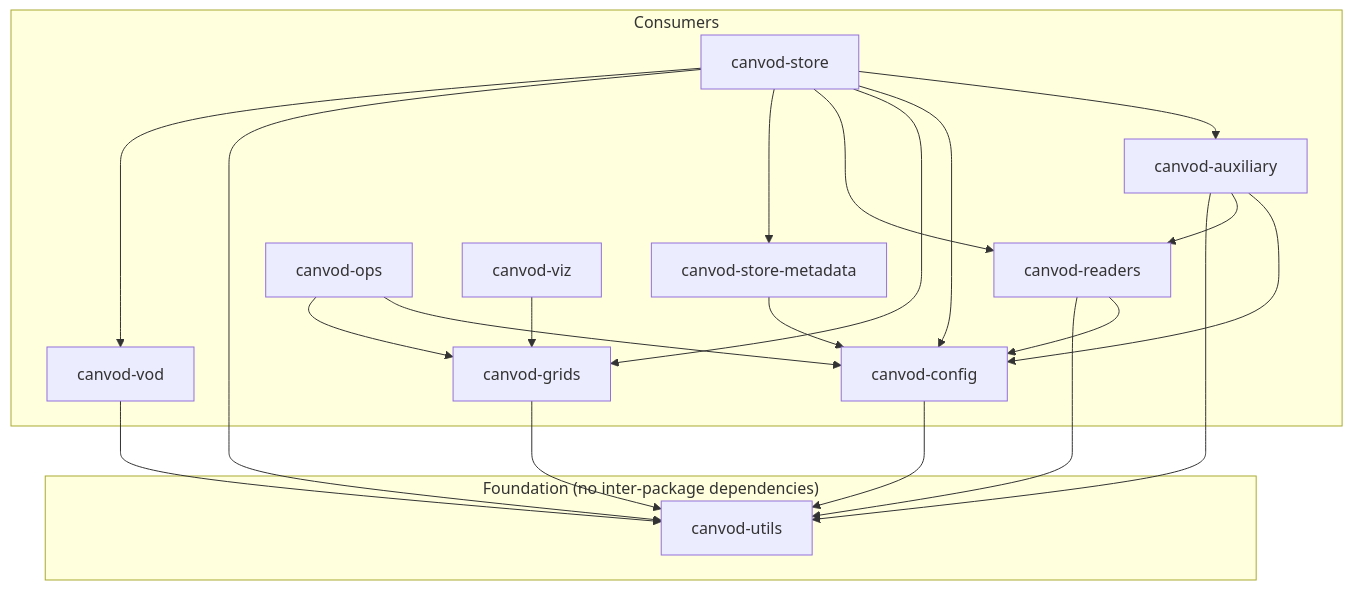
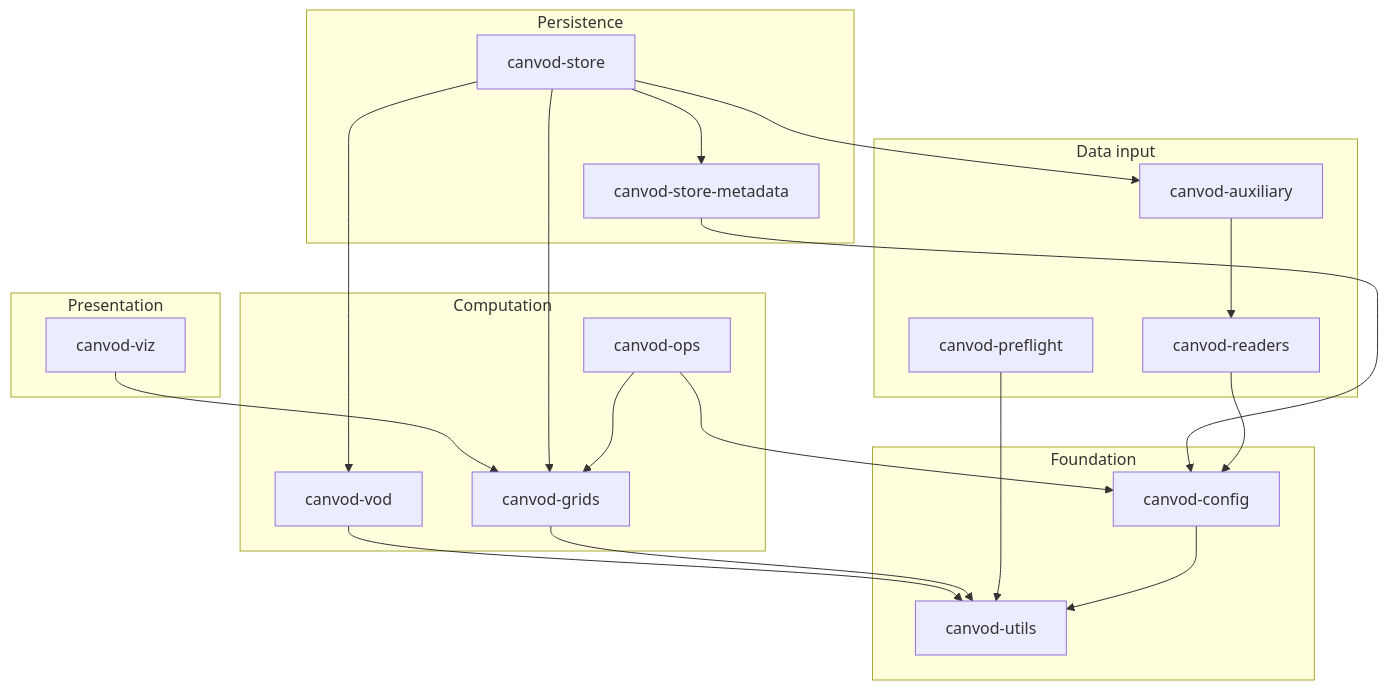
Before and after one commit to TUW-GEO/canvodpy: the diagram in docs/dependencies.md, drawn with Mermaid. The commit also changed other lines of this file and 4 other files, not shown here.

First line of the commit message:
docs: dependency graphs by layer, from one script

````diff
--- a/docs/dependencies.md
+++ b/docs/dependencies.md
@@ -15,28 +27,35 @@
 ```mermaid
 graph TD
-    subgraph FOUNDATION["Foundation (no inter-package dependencies)"]
+    subgraph PRESENTATION["Presentation"]
+        VIZ["canvod-viz"]
+    end
+    subgraph PERSISTENCE["Persistence"]
+        STORE_METADATA["canvod-store-metadata"]
+        STORE["canvod-store"]
+    end
+    subgraph COMPUTATION["Computation"]
+        VOD["canvod-vod"]
+        GRIDS["canvod-grids"]
+        OPS["canvod-ops"]
+    end
+    subgraph DATA_INPUT["Data input"]
+        READERS["canvod-readers"]
+        AUXILIARY["canvod-auxiliary"]
+        PREFLIGHT["canvod-preflight"]
+    end
+    subgraph FOUNDATION["Foundation"]
         UTILS["canvod-utils"]
+        CONFIG["canvod-config"]
     end
 
-    subgraph CONSUMERS["Consumers"]
-        CONFIG["canvod-config"]
-        VOD["canvod-vod"]
-        READERS["canvod-readers"]
-        STOREMETA["canvod-store-metadata"]
-        AUX["canvod-auxiliary"]
-        STORE["canvod-store"]
-        GRIDS["canvod-grids"]
-        OPS["canvod-ops"]
-        VIZ["canvod-viz"]
-    end
-
-    CONFIG --> UTILS
+    VIZ --> GRIDS
+    STORE_METADATA --> CONFIG
+    STORE --> AUXILIARY & GRIDS & STORE_METADATA & VOD
     VOD --> UTILS
-    READERS --> CONFIG & UTILS
-    STOREMETA --> CONFIG
-    AUX --> CONFIG & READERS & UTILS
-    STORE --> AUX & CONFIG & GRIDS & READERS & STOREMETA & UTILS & VOD
     GRIDS --> UTILS
     OPS --> CONFIG & GRIDS
-    VIZ --> GRIDS
+    READERS --> CONFIG
+    AUXILIARY --> READERS
+    PREFLIGHT --> UTILS
+    CONFIG --> UTILS
 ```
````
